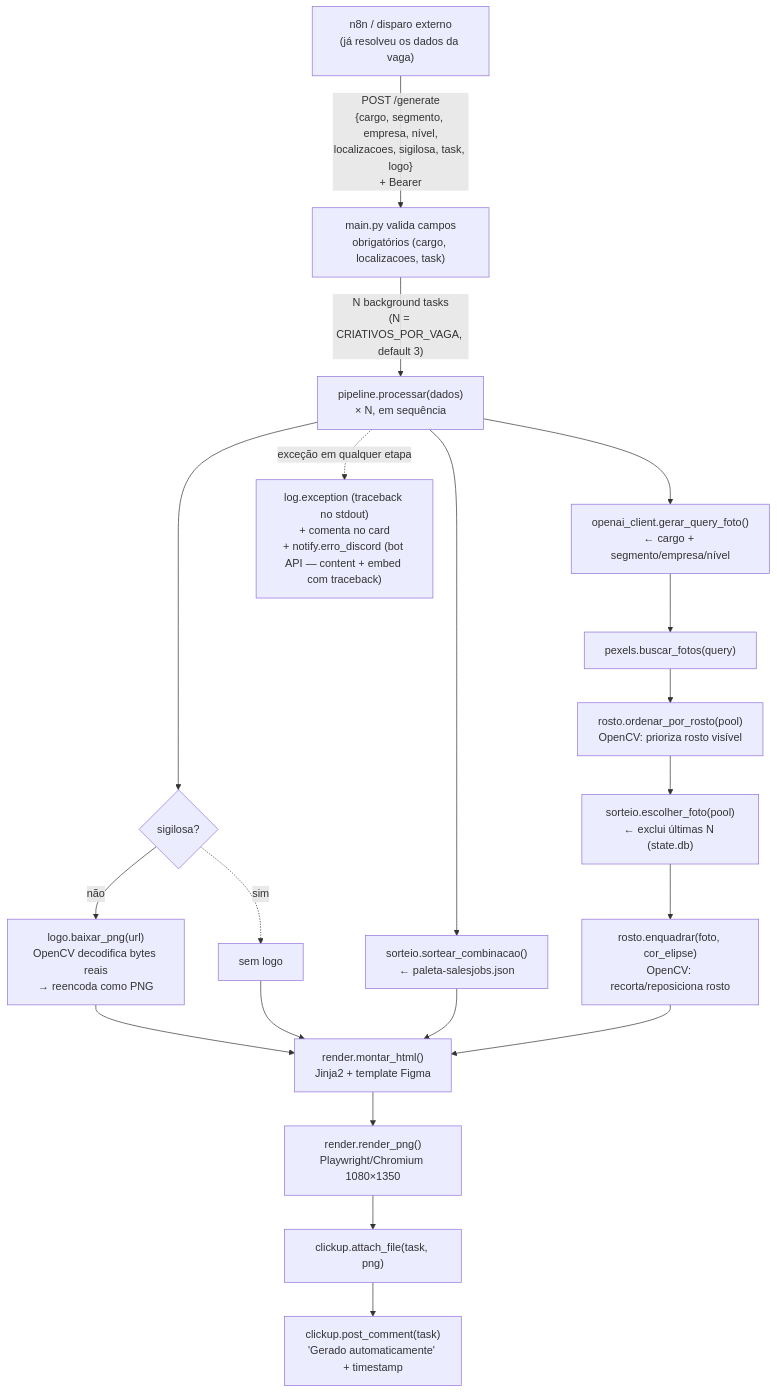
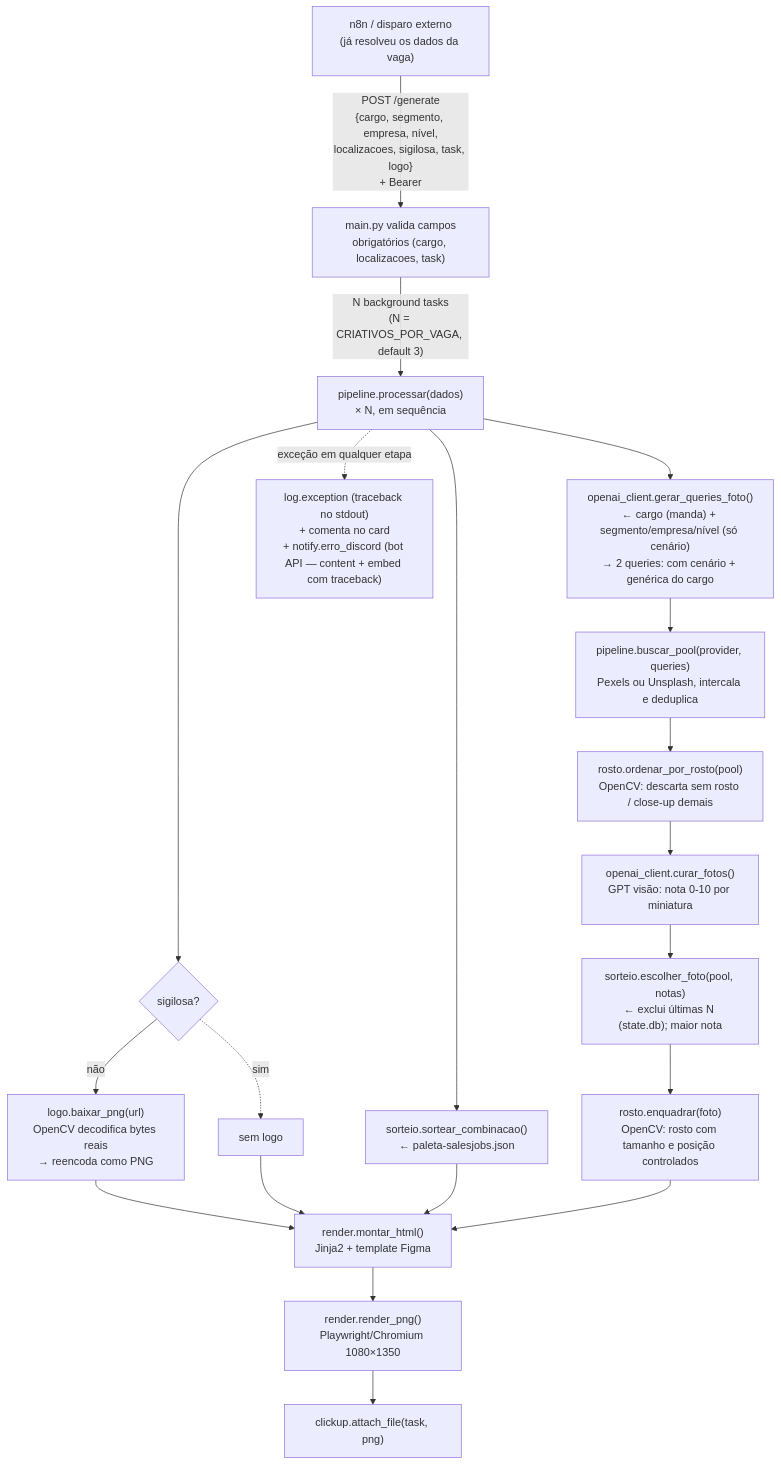
The diagram in README.md (Teagamatos/criativos-v1), drawn with Mermaid before and after one commit. The commit also changed other lines of this file and 9 other files, not shown here.

First line of the commit message:
Melhora a escolha de foto (queries cargo-first, curadoria por visao) e tira o comentario de sucesso do card

````diff
--- a/README.md
+++ b/README.md
@@ -41,27 +42,27 @@
 ```mermaid
 flowchart TD
     A["n8n / disparo externo\n(já resolveu os dados da vaga)"] -->|"POST /generate\n{cargo, segmento, empresa, nível,\nlocalizacoes, sigilosa, task, logo}\n+ Bearer"| V["main.py valida campos\nobrigatórios (cargo, localizacoes, task)"]
     V -->|"N background tasks\n(N = CRIATIVOS_POR_VAGA, default 3)"| P["pipeline.processar(dados)\n× N, em sequência"]
 
     P --> SIG{"sigilosa?"}
     SIG -->|"não"| LOGO["logo.baixar_png(url)\nOpenCV decodifica bytes reais\n→ reencoda como PNG"]
     SIG -.->|"sim"| SEMLOGO["sem logo"]
 
     P --> SORT["sorteio.sortear_combinacao()\n← paleta-salesjobs.json"]
-    P --> GPT["openai_client.gerar_query_foto()\n← cargo + segmento/empresa/nível"]
-    GPT --> PX["pexels.buscar_fotos(query)"]
-    PX --> ROSTO1["rosto.ordenar_por_rosto(pool)\nOpenCV: prioriza rosto visível"]
-    ROSTO1 --> ESC["sorteio.escolher_foto(pool)\n← exclui últimas N (state.db)"]
-    ESC --> ROSTO2["rosto.enquadrar(foto, cor_elipse)\nOpenCV: recorta/reposiciona rosto"]
+    P --> GPT["openai_client.gerar_queries_foto()\n← cargo (manda) + segmento/empresa/nível (só cenário)\n→ 2 queries: com cenário + genérica do cargo"]
+    GPT --> PX["pipeline.buscar_pool(provider, queries)\nPexels ou Unsplash, intercala e deduplica"]
+    PX --> ROSTO1["rosto.ordenar_por_rosto(pool)\nOpenCV: descarta sem rosto / close-up demais"]
+    ROSTO1 --> CUR["openai_client.curar_fotos()\nGPT visão: nota 0-10 por miniatura"]
+    CUR --> ESC["sorteio.escolher_foto(pool, notas)\n← exclui últimas N (state.db); maior nota"]
+    ESC --> ROSTO2["rosto.enquadrar(foto)\nOpenCV: rosto com tamanho e posição controlados"]
 
     LOGO --> R["render.montar_html()\nJinja2 + template Figma"]
     SEMLOGO --> R
     SORT --> R
     ROSTO2 --> R
     R --> PNG["render.render_png()\nPlaywright/Chromium 1080×1350"]
 
     PNG --> AT["clickup.attach_file(task, png)"]
-    AT --> CM["clickup.post_comment(task)\n'Gerado automaticamente' + timestamp"]
 
     P -.->|"exceção em qualquer etapa"| ERR["log.exception (traceback no stdout)\n+ comenta no card\n+ notify.erro_discord (bot API — content + embed com traceback)"]
 ```
````
